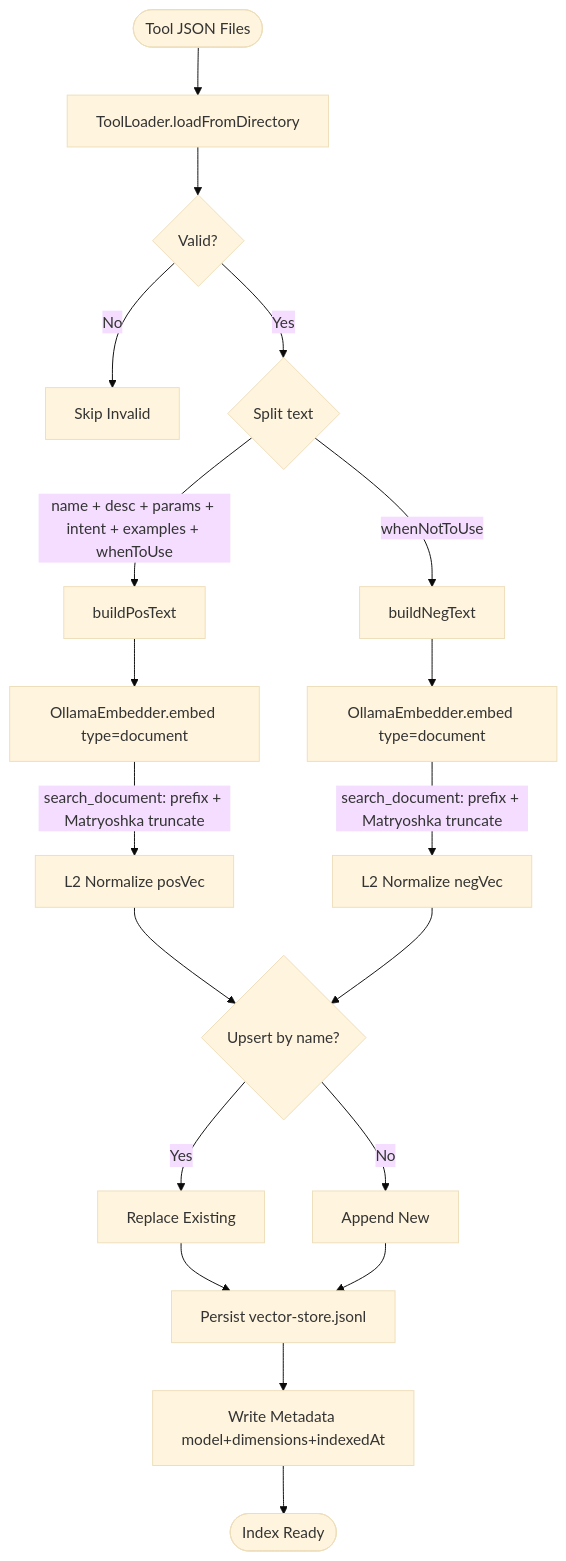
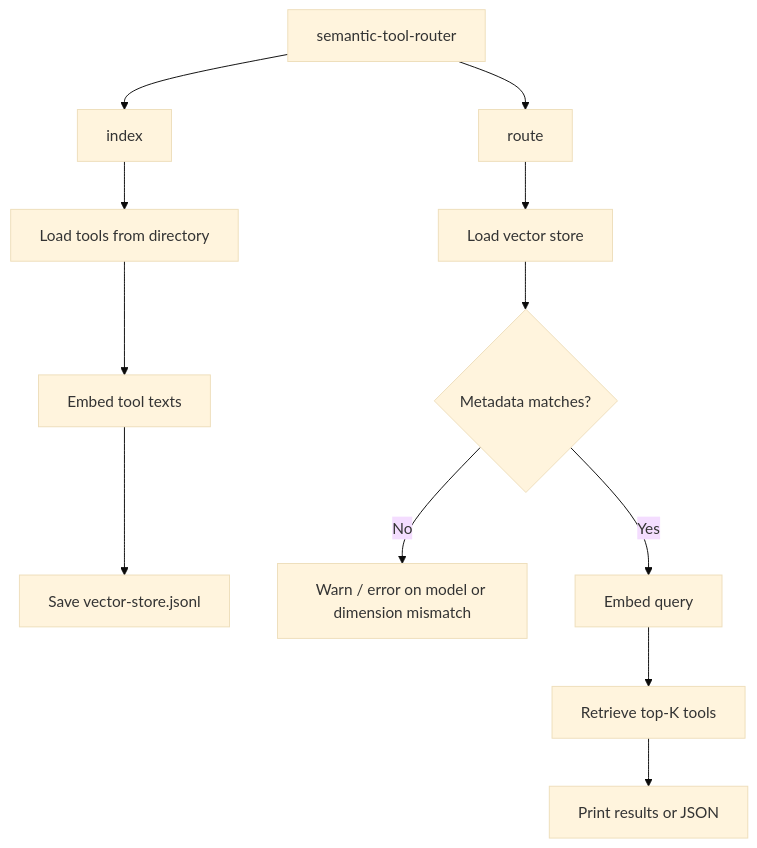
Before and after one commit to ahmadmdabit/semantic-tool-router: the second of 8 diagrams in README.md, drawn with Mermaid (base theme). The commit also changed other lines of this file, not shown here.

First line of the commit message:
docs: add comprehensive mermaid architectural diagrams and update terminology

````diff
--- a/README.md
+++ b/README.md
@@ -286,21 +156,16 @@
 ```mermaid
 flowchart TD
-    Start([Tool JSON Files]) --> Load[ToolLoader.loadFromDirectory]
-    Load --> Valid{Valid?}
-    Valid -- No --> Skip[Skip Invalid]
-    Valid -- Yes --> Split{Split text}
-    Split -->|name + desc + params + intent + examples + whenToUse| PosText[buildPosText]
-    Split -->|whenNotToUse| NegText[buildNegText]
-    PosText --> PosEmbed[OllamaEmbedder.embed type=document]
-    NegText --> NegEmbed[OllamaEmbedder.embed type=document]
-    PosEmbed -->|search_document: prefix + Matryoshka truncate| PosNorm[L2 Normalize posVec]
-    NegEmbed -->|search_document: prefix + Matryoshka truncate| NegNorm[L2 Normalize negVec]
-    PosNorm --> Dedup{Upsert by name?}
-    NegNorm --> Dedup
-    Dedup -- Yes --> Replace[Replace Existing]
-    Dedup -- No --> Add[Append New]
-    Replace --> Save[Persist vector-store.jsonl]
-    Add --> Save
-    Save --> Meta[Write Metadata model+dimensions+indexedAt]
-    Meta --> Done([Index Ready])
+  CLI[semantic-tool-router] --> IDX[index]
+  CLI --> ROUTE[route]
+
+  IDX --> L1[Load tools from directory]
+  L1 --> E[Embed tool texts]
+  E --> S[Save vector-store.jsonl]
+
+  ROUTE --> V[Load vector store]
+  V --> M{Metadata matches?}
+  M -->|No| ERR[Warn / error on model or dimension mismatch]
+  M -->|Yes| Q[Embed query]
+  Q --> RET[Retrieve top-K tools]
+  RET --> OUT[Print results or JSON]
 ```
````
